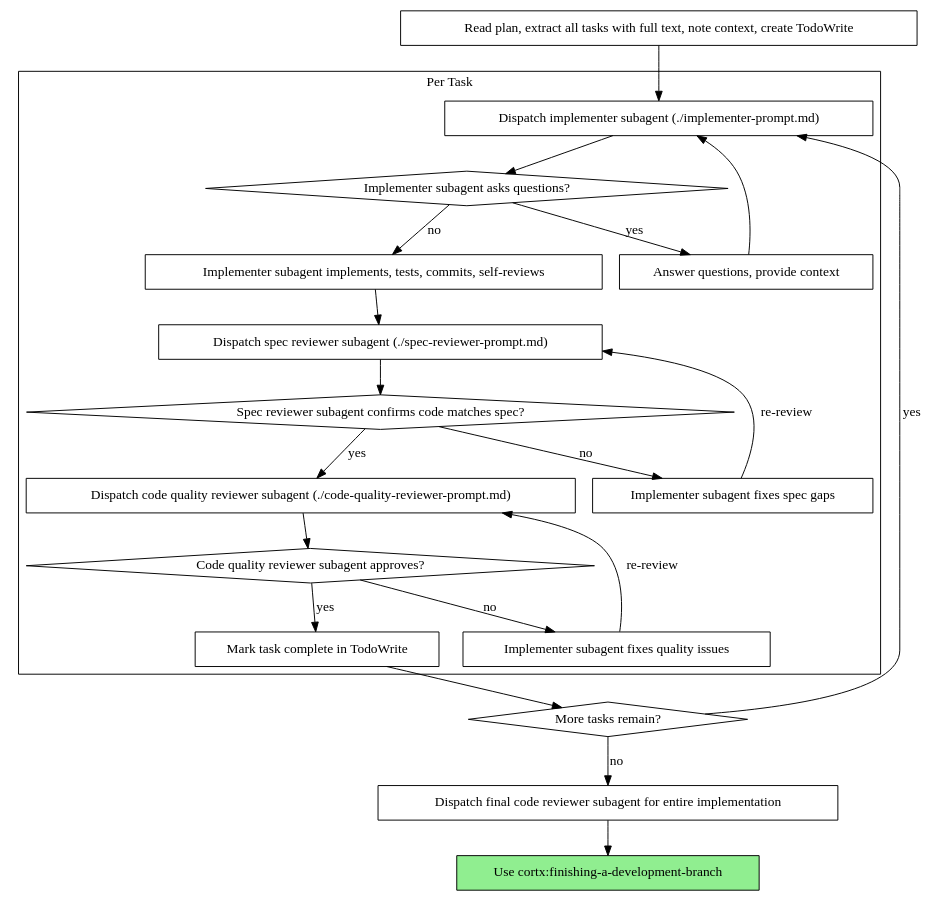
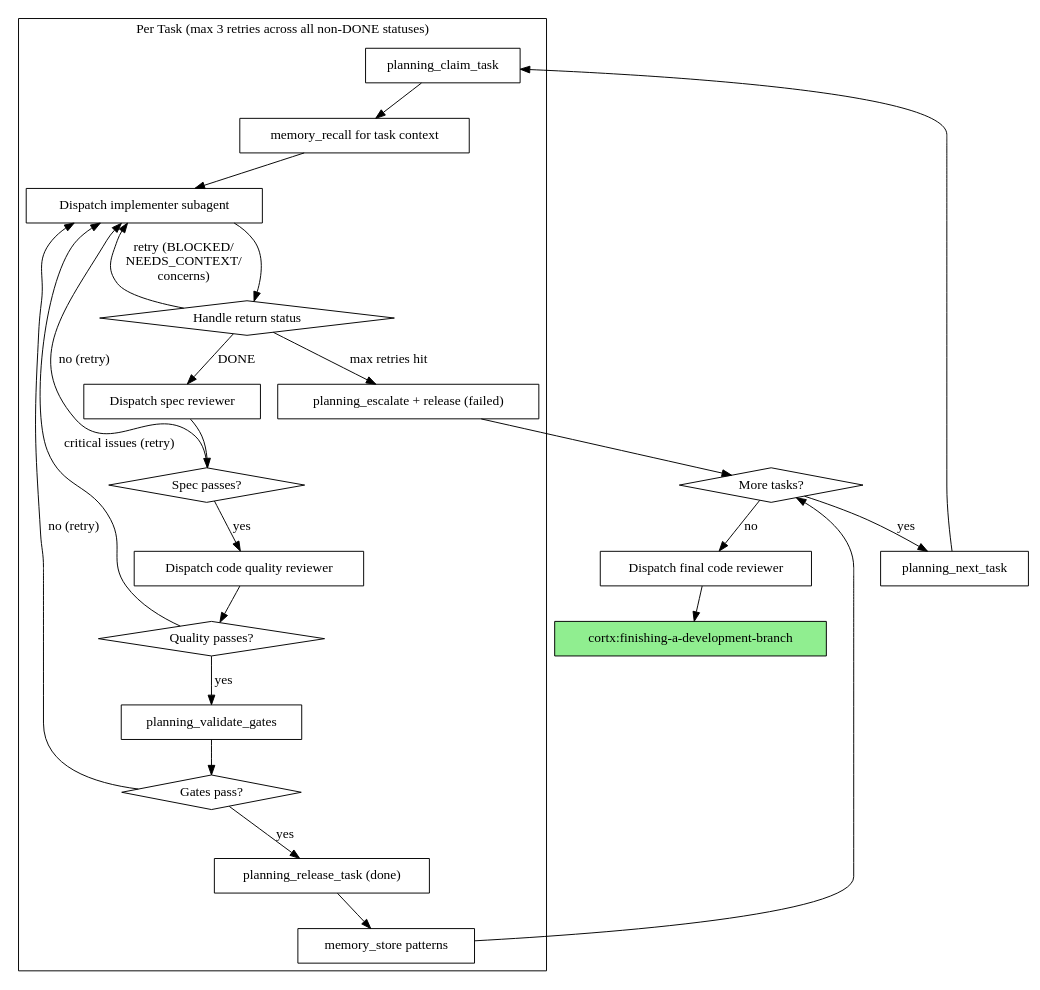
Before and after one commit to obra/superpowers: the second of 2 diagrams in skills/subagent-driven-development/SKILL.md, drawn with Graphviz. The commit also changed other lines of this file, not shown here.

Commit message:
feat(subagent-dev): rewrite with cortx orchestration cycle

````diff
--- a/skills/subagent-driven-development/SKILL.md
+++ b/skills/subagent-driven-development/SKILL.md
@@ -42,44 +60,50 @@
 ```dot
 digraph process {
     rankdir=TB;
 
     subgraph cluster_per_task {
-        label="Per Task";
-        "Dispatch implementer subagent (./implementer-prompt.md)" [shape=box];
-        "Implementer subagent asks questions?" [shape=diamond];
-        "Answer questions, provide context" [shape=box];
-        "Implementer subagent implements, tests, commits, self-reviews" [shape=box];
-        "Dispatch spec reviewer subagent (./spec-reviewer-prompt.md)" [shape=box];
-        "Spec reviewer subagent confirms code matches spec?" [shape=diamond];
-        "Implementer subagent fixes spec gaps" [shape=box];
-        "Dispatch code quality reviewer subagent (./code-quality-reviewer-prompt.md)" [shape=box];
-        "Code quality reviewer subagent approves?" [shape=diamond];
-        "Implementer subagent fixes quality issues" [shape=box];
-        "Mark task complete in TodoWrite" [shape=box];
+        label="Per Task (max 3 retries across all non-DONE statuses)";
+        "planning_claim_task" [shape=box];
+        "memory_recall for task context" [shape=box];
+        "Dispatch implementer subagent" [shape=box];
+        "Handle return status" [shape=diamond];
+        "Dispatch spec reviewer" [shape=box];
+        "Spec passes?" [shape=diamond];
+        "Dispatch code quality reviewer" [shape=box];
+        "Quality passes?" [shape=diamond];
+        "planning_validate_gates" [shape=box];
+        "Gates pass?" [shape=diamond];
+        "planning_release_task (done)" [shape=box];
+        "memory_store patterns" [shape=box];
+        "planning_escalate + release (failed)" [shape=box];
     }
 
-    "Read plan, extract all tasks with full text, note context, create TodoWrite" [shape=box];
-    "More tasks remain?" [shape=diamond];
-    "Dispatch final code reviewer subagent for entire implementation" [shape=box];
-    "Use cortx:finishing-a-development-branch" [shape=box style=filled fillcolor=lightgreen];
+    "planning_next_task" [shape=box];
+    "More tasks?" [shape=diamond];
+    "Dispatch final code reviewer" [shape=box];
+    "cortx:finishing-a-development-branch" [shape=box style=filled fillcolor=lightgreen];
 
-    "Read plan, extract all tasks with full text, note context, create TodoWrite" -> "Dispatch implementer subagent (./implementer-prompt.md)";
-    "Dispatch implementer subagent (./implementer-prompt.md)" -> "Implementer subagent asks questions?";
-    "Implementer subagent asks questions?" -> "Answer questions, provide context" [label="yes"];
-    "Answer questions, provide context" -> "Dispatch implementer subagent (./implementer-prompt.md)";
-    "Implementer subagent asks questions?" -> "Implementer subagent implements, tests, commits, self-reviews" [label="no"];
-    "Implementer subagent implements, tests, commits, self-reviews" -> "Dispatch spec reviewer subagent (./spec-reviewer-prompt.md)";
-    "Dispatch spec reviewer subagent (./spec-reviewer-prompt.md)" -> "Spec reviewer subagent confirms code matches spec?";
-    "Spec reviewer subagent confirms code matches spec?" -> "Implementer subagent fixes spec gaps" [label="no"];
-    "Implementer subagent fixes spec gaps" -> "Dispatch spec reviewer subagent (./spec-reviewer-prompt.md)" [label="re-review"];
-    "Spec reviewer subagent confirms code matches spec?" -> "Dispatch code quality reviewer subagent (./code-quality-reviewer-prompt.md)" [label="yes"];
-    "Dispatch code quality reviewer subagent (./code-quality-reviewer-prompt.md)" -> "Code quality reviewer subagent approves?";
-    "Code quality reviewer subagent approves?" -> "Implementer subagent fixes quality issues" [label="no"];
-    "Implementer subagent fixes quality issues" -> "Dispatch code quality reviewer subagent (./code-quality-reviewer-prompt.md)" [label="re-review"];
-    "Code quality reviewer subagent approves?" -> "Mark task complete in TodoWrite" [label="yes"];
-    "Mark task complete in TodoWrite" -> "More tasks remain?";
-    "More tasks remain?" -> "Dispatch implementer subagent (./implementer-prompt.md)" [label="yes"];
-    "More tasks remain?" -> "Dispatch final code reviewer subagent for entire implementation" [label="no"];
-    "Dispatch final code reviewer subagent for entire implementation" -> "Use cortx:finishing-a-development-branch";
+    "planning_next_task" -> "planning_claim_task";
+    "planning_claim_task" -> "memory_recall for task context";
+    "memory_recall for task context" -> "Dispatch implementer subagent";
+    "Dispatch implementer subagent" -> "Handle return status";
+    "Handle return status" -> "Dispatch spec reviewer" [label="DONE"];
+    "Handle return status" -> "Dispatch implementer subagent" [label="retry (BLOCKED/\nNEEDS_CONTEXT/\nconcerns)"];
+    "Handle return status" -> "planning_escalate + release (failed)" [label="max retries hit"];
+    "Dispatch spec reviewer" -> "Spec passes?";
+    "Spec passes?" -> "Dispatch code quality reviewer" [label="yes"];
+    "Spec passes?" -> "Dispatch implementer subagent" [label="no (retry)"];
+    "Dispatch code quality reviewer" -> "Quality passes?";
+    "Quality passes?" -> "planning_validate_gates" [label="yes"];
+    "Quality passes?" -> "Dispatch implementer subagent" [label="critical issues (retry)"];
+    "planning_validate_gates" -> "Gates pass?";
+    "Gates pass?" -> "planning_release_task (done)" [label="yes"];
+    "Gates pass?" -> "Dispatch implementer subagent" [label="no (retry)"];
+    "planning_release_task (done)" -> "memory_store patterns";
+    "memory_store patterns" -> "More tasks?";
+    "planning_escalate + release (failed)" -> "More tasks?";
+    "More tasks?" -> "planning_next_task" [label="yes"];
+    "More tasks?" -> "Dispatch final code reviewer" [label="no"];
+    "Dispatch final code reviewer" -> "cortx:finishing-a-development-branch";
 }
 ```
````
